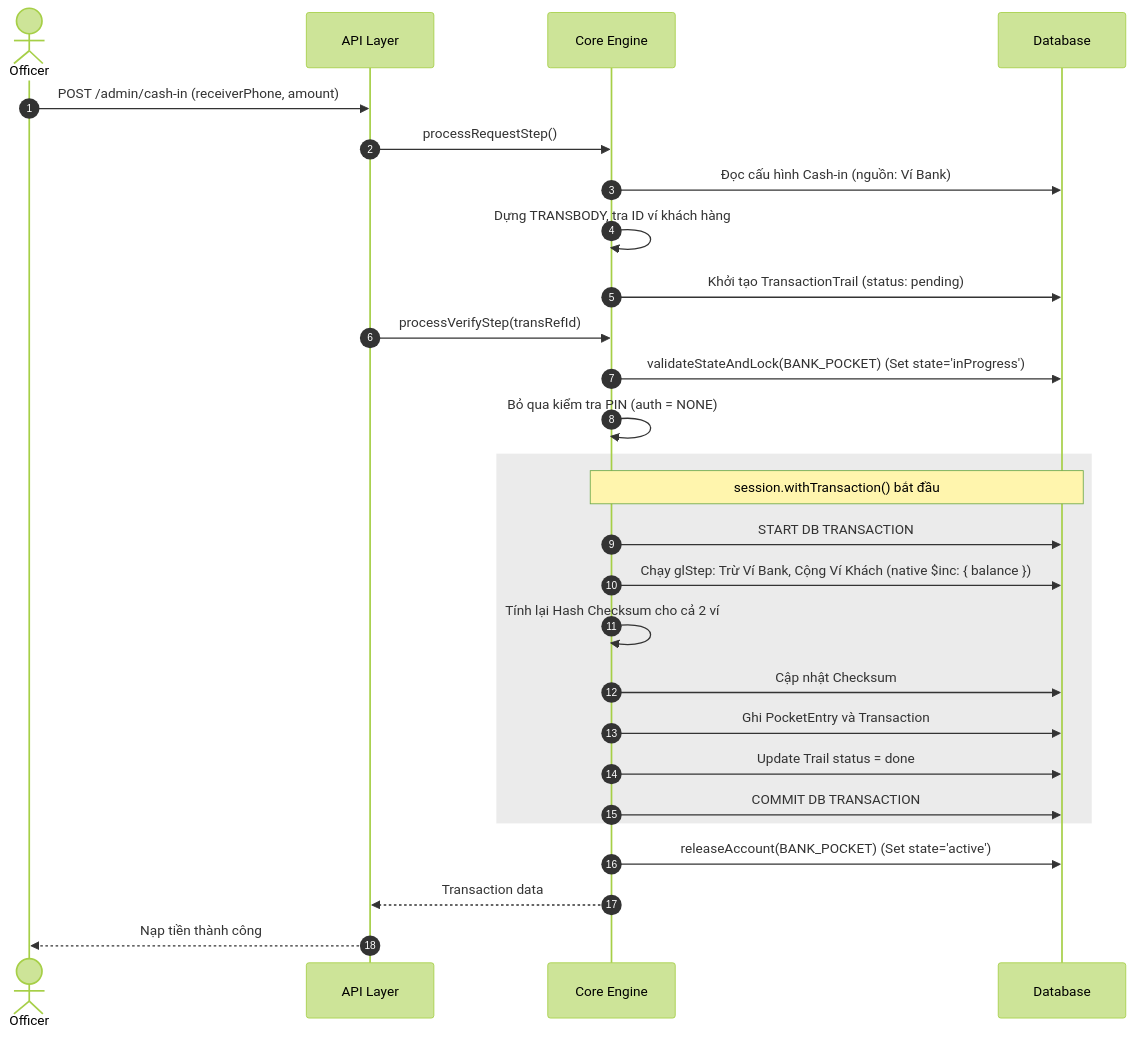
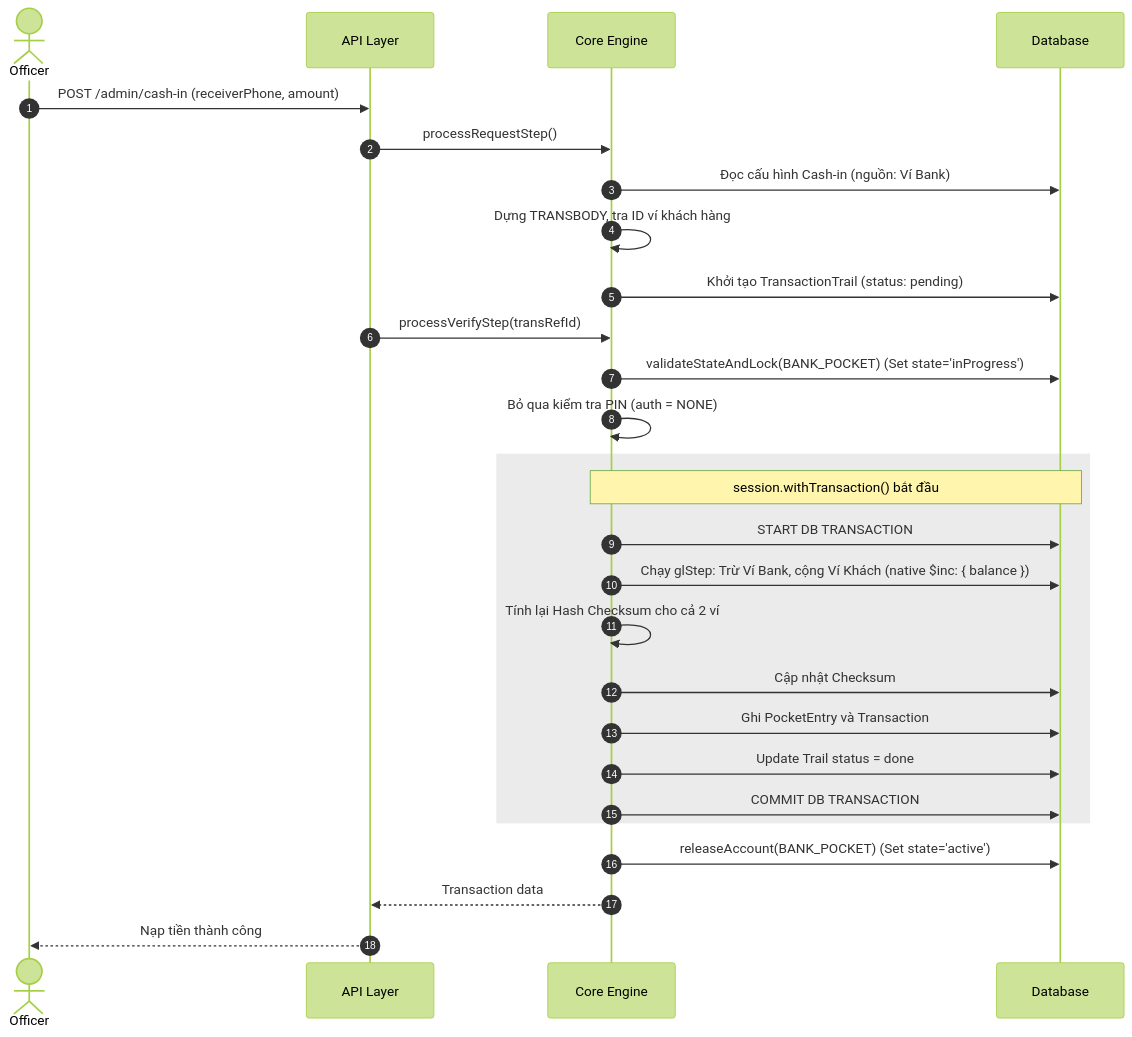
Before and after one commit to DLdevcoder/MINI-WALLET: the second of 3 diagrams in docs/Sequence diagram/Sequence.md, drawn with Mermaid (forest theme). The commit also changed other lines of this file, not shown here.

Commit message:
docs: fix sequence

````diff
--- a/docs/Sequence diagram/Sequence.md
+++ b/docs/Sequence diagram/Sequence.md
@@ -87,36 +87,36 @@
 ```mermaid
 sequenceDiagram
     autonumber
     actor O as Officer
     participant A as API Layer
     participant E as Core Engine
     participant D as Database
 
     O->>A: POST /admin/cash-in (receiverPhone, amount)
 
     %% REQUEST
     A->>E: processRequestStep()
     E->>D: Đọc cấu hình Cash-in (nguồn: Ví Bank)
     E->>E: Dựng TRANSBODY, tra ID ví khách hàng
     E->>D: Khởi tạo TransactionTrail (status: pending)
 
     %% VERIFY (BỎ QUA CONFIRM)
     A->>E: processVerifyStep(transRefId)
     E->>D: validateStateAndLock(BANK_POCKET) (Set state='inProgress')
     E->>E: Bỏ qua kiểm tra PIN (auth = NONE)
 
     rect rgba(120, 120, 120, 0.15)
         Note over E,D: session.withTransaction() bắt đầu
         E->>D: START DB TRANSACTION
-        E->>D: Chạy glStep: Trừ Ví Bank, Cộng Ví Khách (native $inc: { balance })
+        E->>D: Chạy glStep: Trừ Ví Bank, cộng Ví Khách (native $inc: { balance })
         E->>E: Tính lại Hash Checksum cho cả 2 ví
         E->>D: Cập nhật Checksum
         E->>D: Ghi PocketEntry và Transaction
         E->>D: Update Trail status = done
         E->>D: COMMIT DB TRANSACTION
     end
 
     E->>D: releaseAccount(BANK_POCKET) (Set state='active')
     E-->>A: Transaction data
     A-->>O: Nạp tiền thành công
 ```
````
